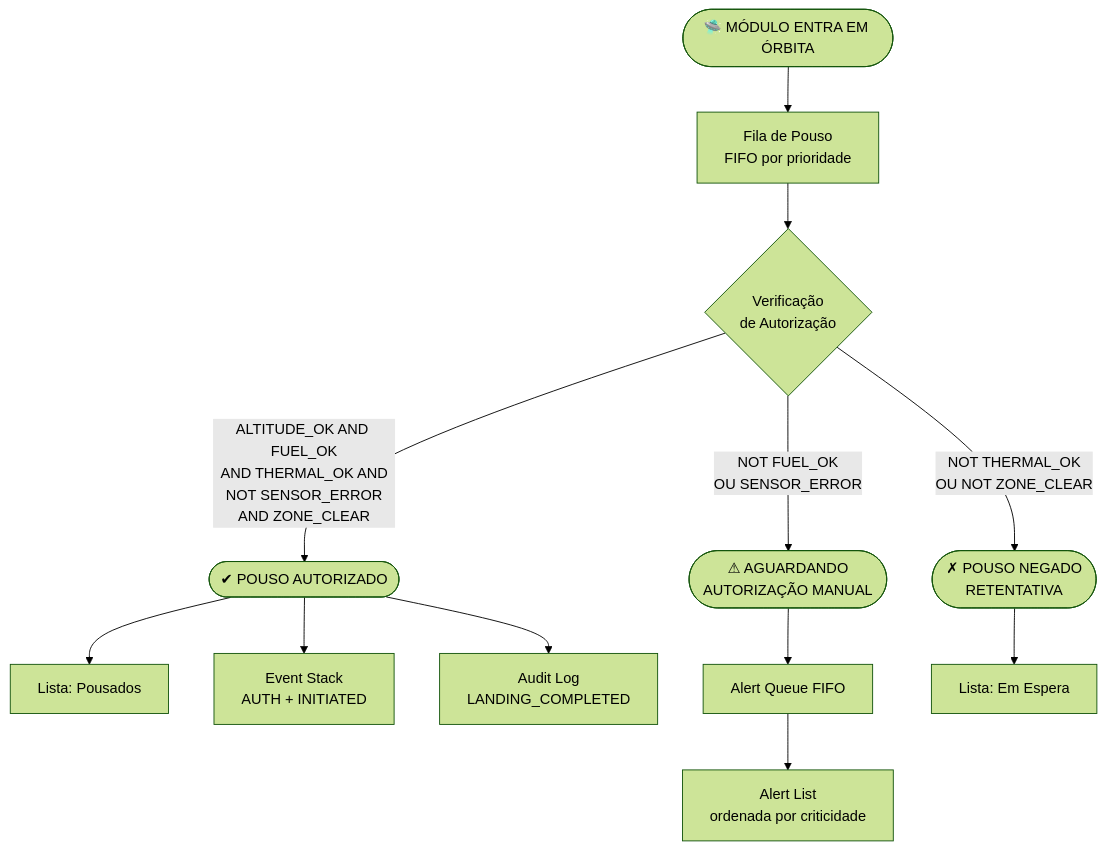
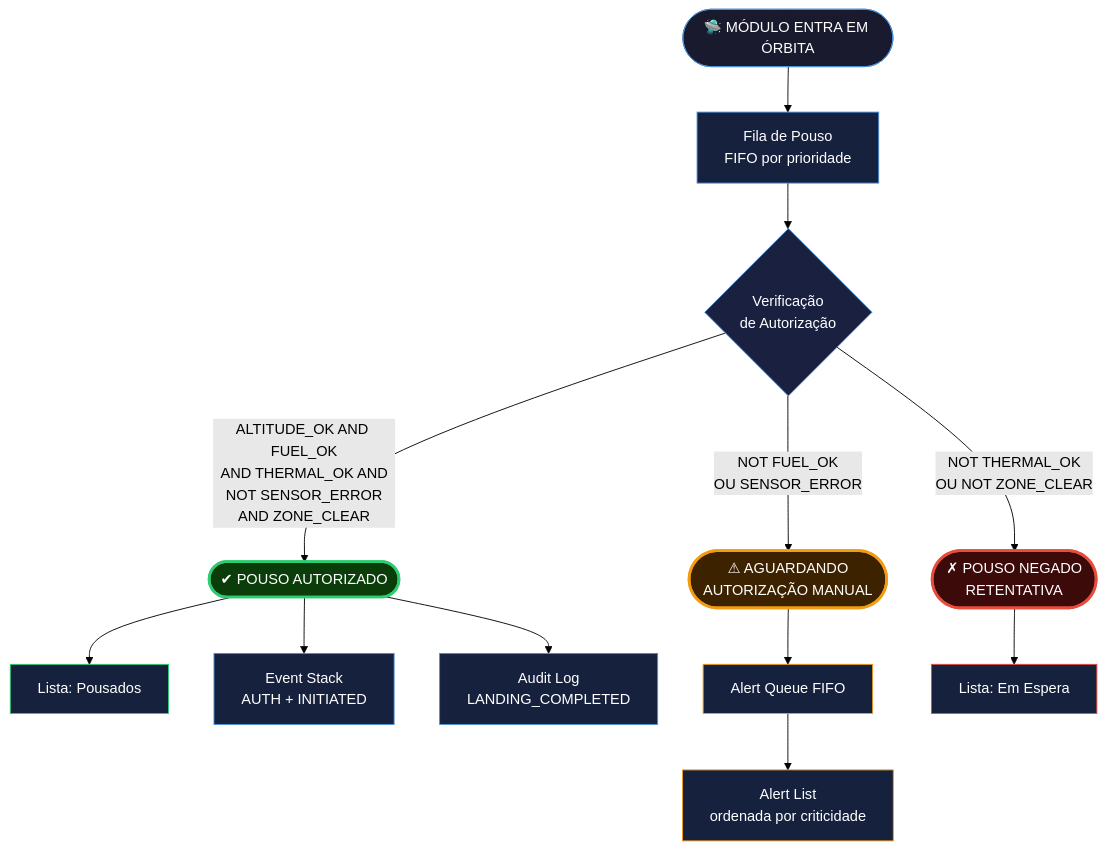
The first of 9 diagrams in README.md (juliaramosguedes/fiap-fase-2-aurora-siger), drawn with Mermaid (forest theme) before and after one commit. The commit also changed other lines of this file, not shown here.

Commit message:
docs: apply space-themed color palette to all mermaid diagrams

````diff
--- a/README.md
+++ b/README.md
@@ -36,14 +36,27 @@
 ```mermaid
 flowchart TD
     A([🛸 MÓDULO ENTRA EM ÓRBITA]) --> B[Fila de Pouso\nFIFO por prioridade]
     B --> C{Verificação\nde Autorização}
     C -->|ALTITUDE_OK AND FUEL_OK\nAND THERMAL_OK AND\nNOT SENSOR_ERROR\nAND ZONE_CLEAR| D([✔ POUSO AUTORIZADO])
     C -->|NOT FUEL_OK\nOU SENSOR_ERROR| E([⚠ AGUARDANDO\nAUTORIZAÇÃO MANUAL])
     C -->|NOT THERMAL_OK\nOU NOT ZONE_CLEAR| F([✗ POUSO NEGADO\nRETENTATIVA])
     D --> G[Lista: Pousados]
     D --> H[Event Stack\nAUTH + INITIATED]
     D --> I[Audit Log\nLANDING_COMPLETED]
     E --> J[Alert Queue FIFO]
     J --> K[Alert List\nordenada por criticidade]
     F --> L[Lista: Em Espera]
+
+    style A fill:#1a1a2e,color:#fff,stroke:#4a90d9
+    style B fill:#16213e,color:#fff,stroke:#4a90d9
+    style C fill:#1a2040,color:#fff,stroke:#4a90d9
+    style D fill:#0a3d0a,color:#fff,stroke:#2ecc71,stroke-width:3px
+    style E fill:#3d2200,color:#fff,stroke:#f39c12,stroke-width:3px
+    style F fill:#3d0a0a,color:#fff,stroke:#e74c3c,stroke-width:3px
+    style G fill:#16213e,color:#fff,stroke:#2ecc71
+    style H fill:#16213e,color:#fff,stroke:#4a90d9
+    style I fill:#16213e,color:#fff,stroke:#4a90d9
+    style J fill:#16213e,color:#fff,stroke:#f39c12
+    style K fill:#16213e,color:#fff,stroke:#f39c12
+    style L fill:#16213e,color:#fff,stroke:#e74c3c
 ```
````
